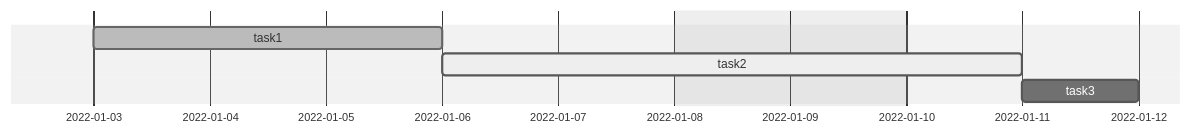
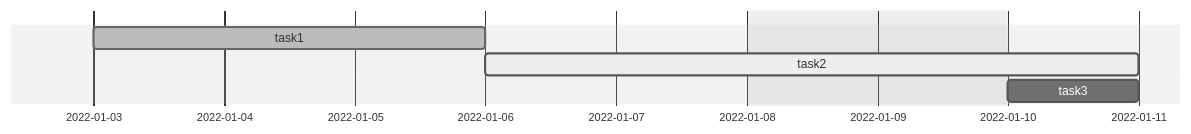
The second of 2 diagrams in README.md (satoHBSS/satoHBSS), drawn with Mermaid (neutral theme) before and after one commit.

````diff
--- a/README.md
+++ b/README.md
@@ -29,8 +29,8 @@
 ```mermaid
 gantt
   excludes weekends
 
   task1 :done,   a1, 2022-01-03, 3d
   task2    :active, a2, after a1,   3d
-  task3    :        a3, after a2,   1d
+  task3    :        a3, 2022-01-10,   1d
   ```
````
